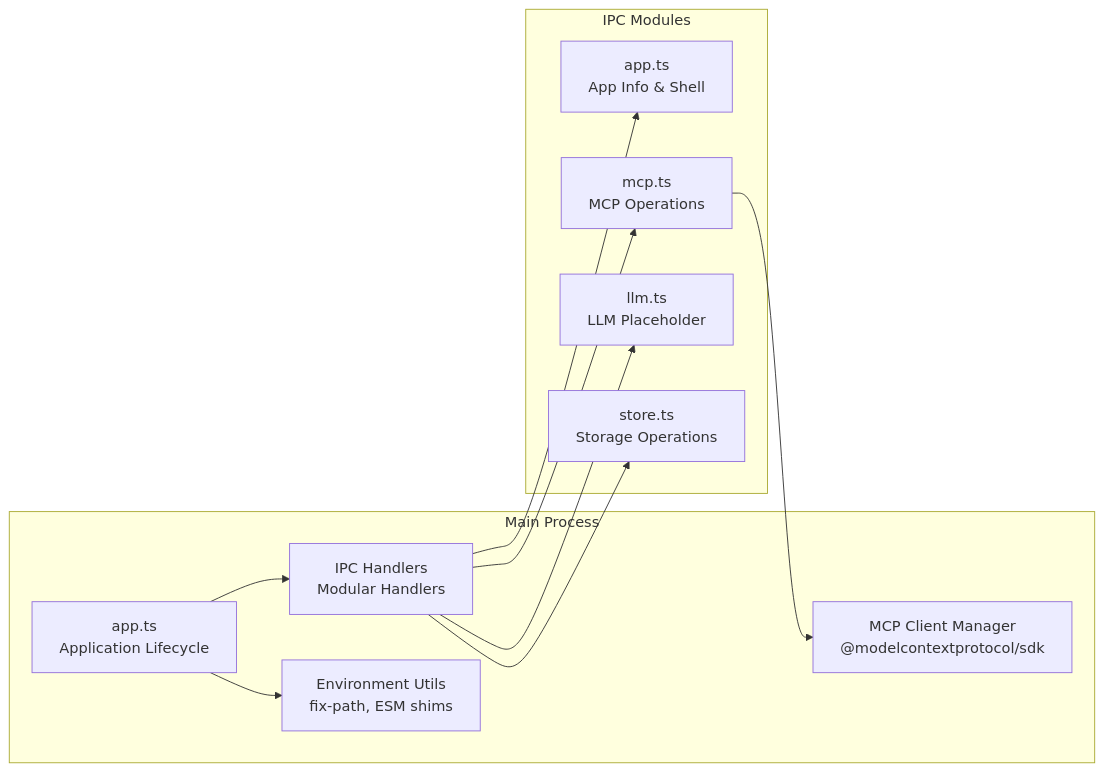
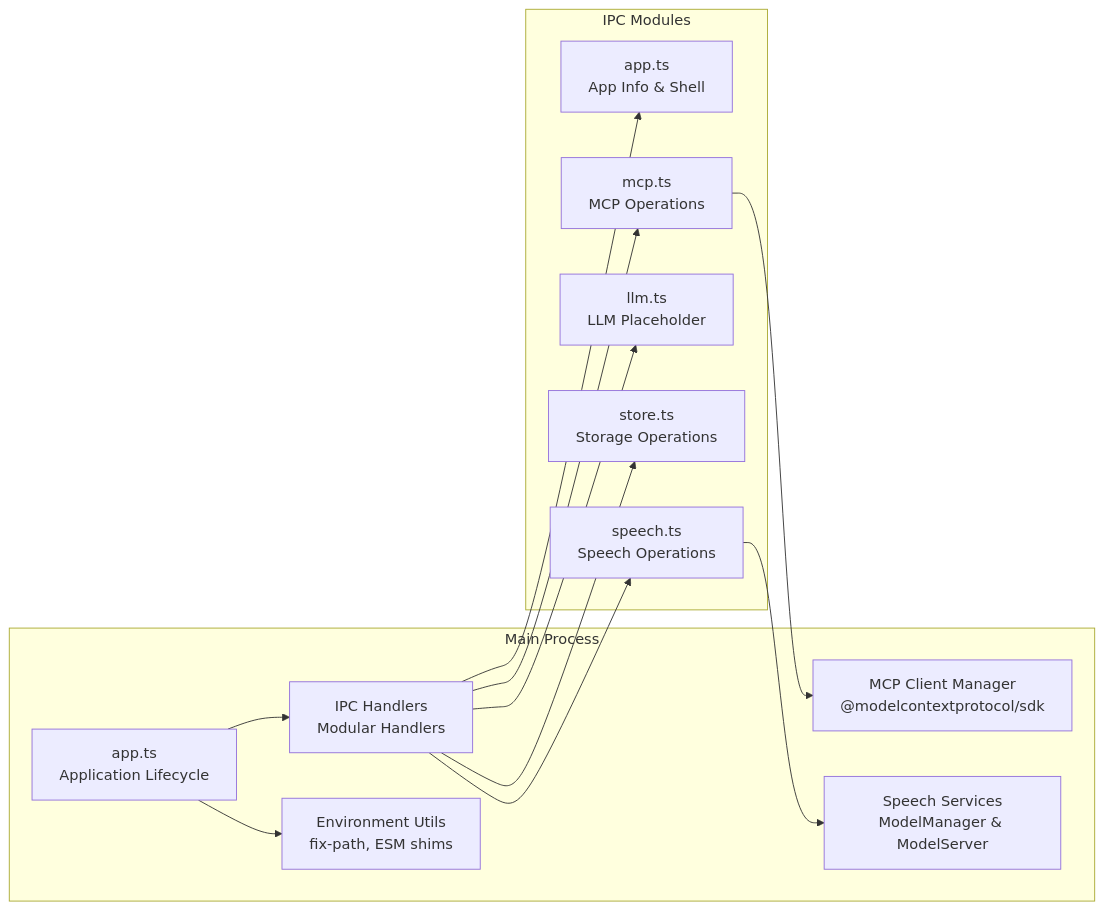
The second of 21 diagrams in architecture.md (meharajM/ai-worker.app), drawn with Mermaid before and after one commit. The commit also changed other lines of this file and 34 other files, not shown here.

Commit message:
feat: Implement local model management and serving for speech recognition, add audio visualizer, and remove client-side text-to-speech functionality and various testing documentation.

````diff
--- a/architecture.md
+++ b/architecture.md
@@ -62,24 +62,28 @@
 ```mermaid
 graph LR
     subgraph "Main Process"
         App[app.ts<br/>Application Lifecycle]
         IPC[IPC Handlers<br/>Modular Handlers]
         MCP[MCP Client Manager<br/>@modelcontextprotocol/sdk]
+        Speech[Speech Services<br/>ModelManager & ModelServer]
         Env[Environment Utils<br/>fix-path, ESM shims]
     end
 
     subgraph "IPC Modules"
         AppHandlers[app.ts<br/>App Info & Shell]
         MCPHandlers[mcp.ts<br/>MCP Operations]
         LLMHandlers[llm.ts<br/>LLM Placeholder]
         StoreHandlers[store.ts<br/>Storage Operations]
+        SpeechHandlers[speech.ts<br/>Speech Operations]
     end
 
     App --> IPC
     IPC --> AppHandlers
     IPC --> MCPHandlers
     IPC --> LLMHandlers
     IPC --> StoreHandlers
+    IPC --> SpeechHandlers
     MCPHandlers --> MCP
+    SpeechHandlers --> Speech
     App --> Env
 ```
````
